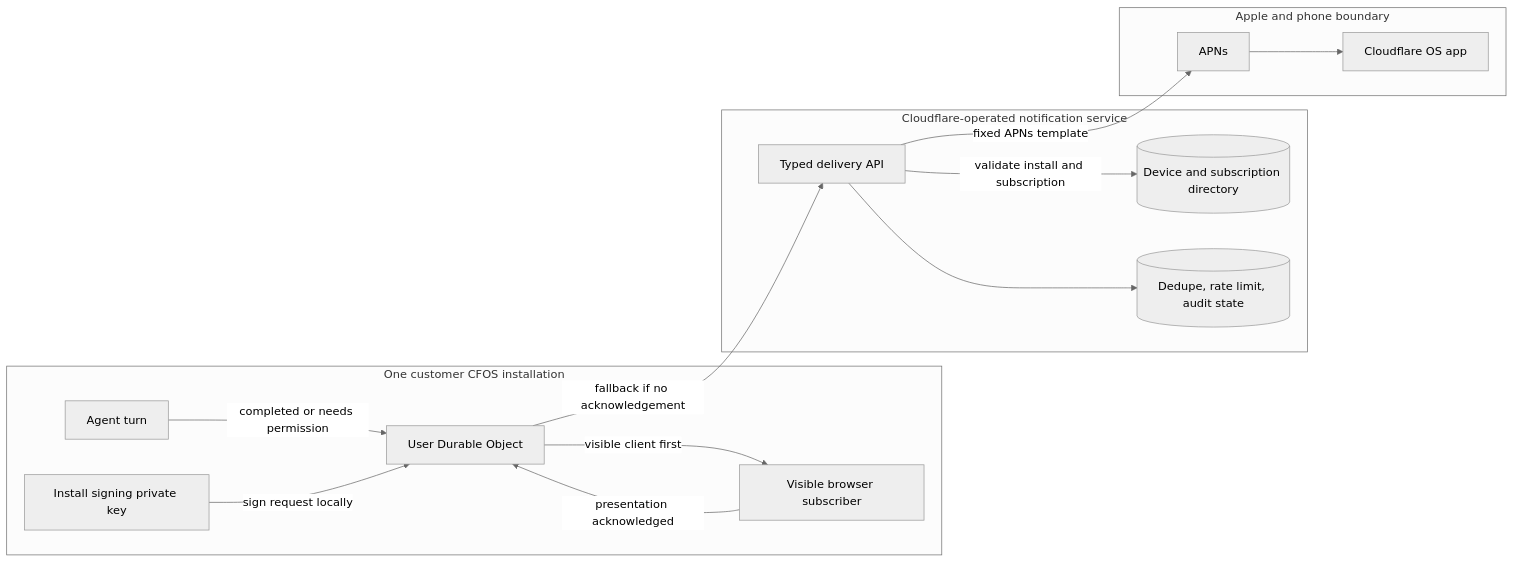
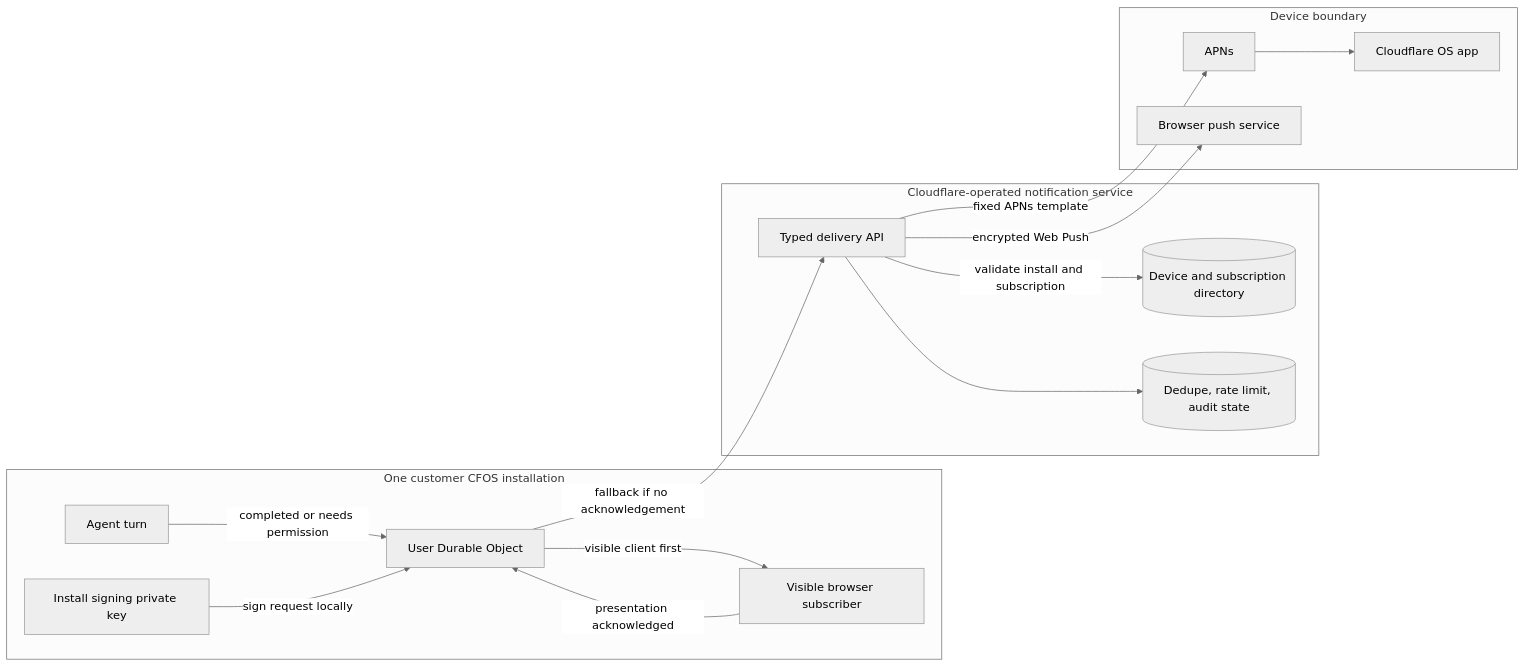
The second of 2 diagrams in docs/notifications.md (cloudflare/cloudflare-os), drawn with Mermaid (neutral theme) before and after one commit. The commit also changed other lines of this file and 7 other files, not shown here.

First line of the commit message:
Accept browser Web Push subscriptions as notification devices

````diff
--- a/docs/notifications.md
+++ b/docs/notifications.md
@@ -65,30 +73,32 @@
 ```mermaid
 flowchart LR
   subgraph Install[One customer CFOS installation]
     Agent[Agent turn]
     User[User Durable Object]
     Browser[Visible browser subscriber]
     Key[Install signing private key]
   end
 
   subgraph Central[Cloudflare-operated notification service]
     Delivery[Typed delivery API]
     Registry[(Device and subscription directory)]
     Audit[(Dedupe, rate limit, audit state)]
   end
 
-  subgraph Apple[Apple and phone boundary]
+  subgraph Devices[Device boundary]
     APNS[APNs]
     App[Cloudflare OS app]
+    WebPush[Browser push service]
   end
 
   Agent -->|completed or needs permission| User
   User -->|visible client first| Browser
   Browser -->|presentation acknowledged| User
   User -->|fallback if no acknowledgement| Delivery
   Key -->|sign request locally| User
   Delivery -->|validate install and subscription| Registry
   Delivery --> Audit
   Delivery -->|fixed APNs template| APNS
   APNS --> App
+  Delivery -->|encrypted Web Push| WebPush
 ```
````
